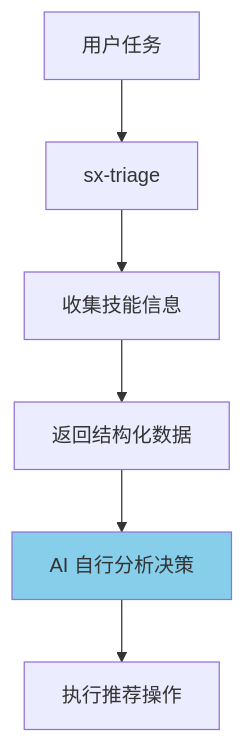
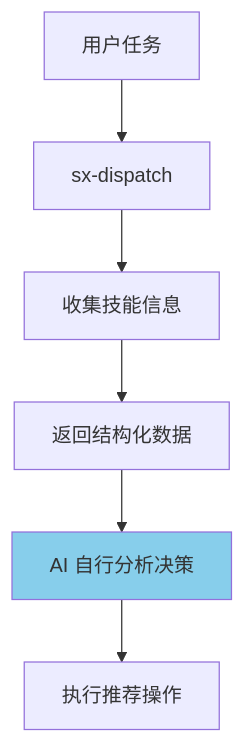
Before and after one commit to shetengteng/skillix-mcp: diagram 22 of 22 in design/02-设计/20260114-09-sx-triage设计.md, drawn with Mermaid. The commit also changed other lines of this file and 32 other files, not shown here.

````diff
--- a/design/02-设计/20260114-09-sx-triage设计.md
+++ b/design/02-设计/20260114-09-sx-triage设计.md
@@ -562,10 +562,10 @@
 ```mermaid
 flowchart TD
-    A[用户任务] --> B[sx-triage]
+    A[用户任务] --> B[sx-dispatch]
     B --> C[收集技能信息]
     C --> D[返回结构化数据]
     D --> E[AI 自行分析决策]
     E --> F[执行推荐操作]
     
     style E fill:#87CEEB
 ```
````
